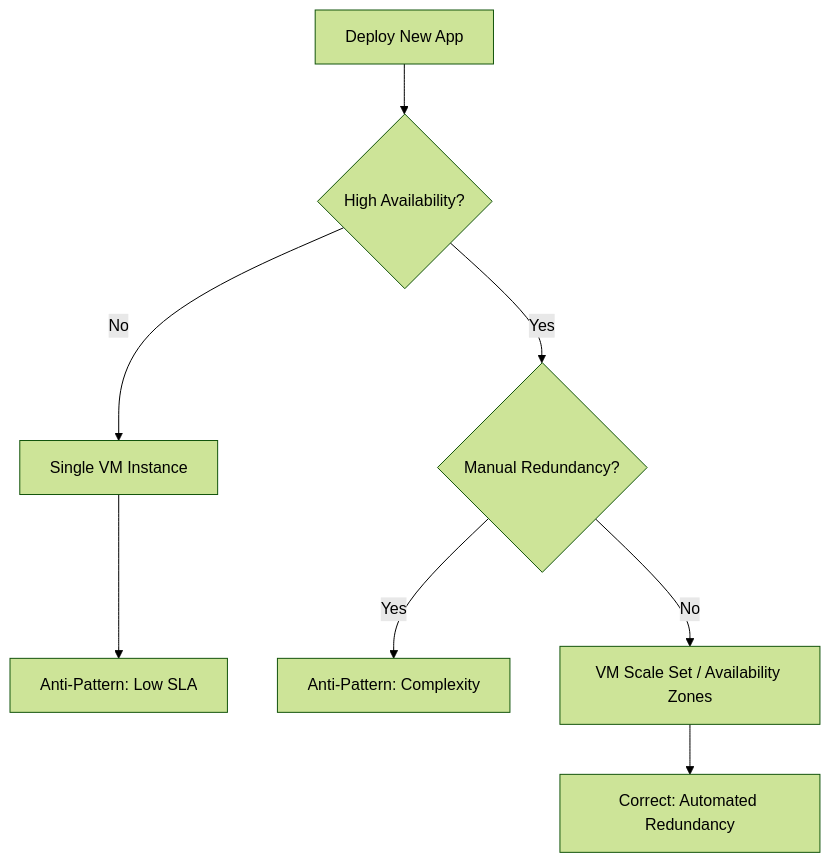
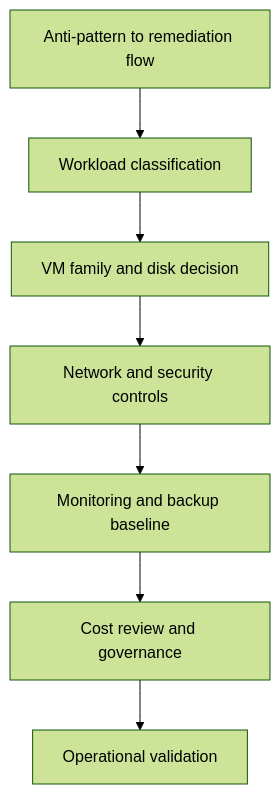
Before and after one commit to yeongseon/azure-virtual-machine-practical-guide: the diagram in docs/best-practices/common-anti-patterns.md, drawn with Mermaid (forest theme). The commit also changed other lines of this file and 24 other files, not shown here.

````diff
--- a/docs/best-practices/common-anti-patterns.md
+++ b/docs/best-practices/common-anti-patterns.md
@@ -20,10 +17,9 @@
 ```mermaid
-graph TD
-    A[Deploy New App] --> B{High Availability?}
-    B -->|No| C[Single VM Instance]
-    B -->|Yes| D{Manual Redundancy?}
-    C --> E[Anti-Pattern: Low SLA]
-    D -->|Yes| F[Anti-Pattern: Complexity]
-    D -->|No| G[VM Scale Set / Availability Zones]
-    G --> H[Correct: Automated Redundancy]
+flowchart TD
+    A[Anti-pattern to remediation flow] --> B[Workload classification]
+    B --> C[VM family and disk decision]
+    C --> D[Network and security controls]
+    D --> E[Monitoring and backup baseline]
+    E --> F[Cost review and governance]
+    F --> G[Operational validation]
 ```
````
